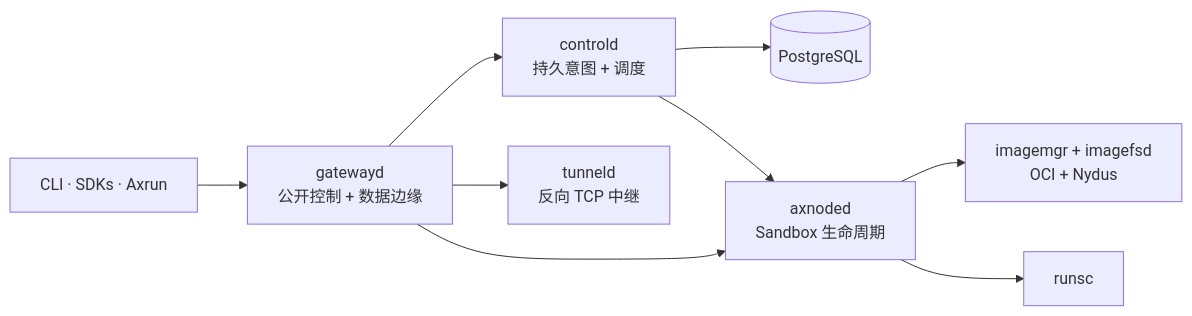
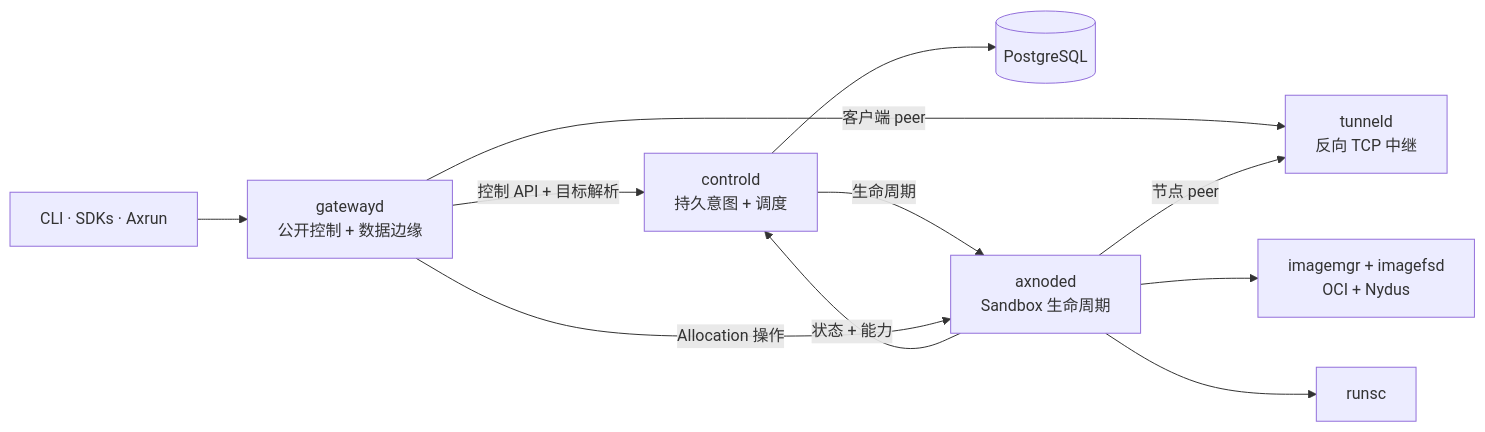
Before and after one commit to cofy-x/axern: the diagram in apps/docs/src/content/docs/zh-cn/architecture/index.md, drawn with Mermaid. The commit also changed other lines of this file and 185 other files, not shown here.

````diff
--- a/apps/docs/src/content/docs/zh-cn/architecture/index.md
+++ b/apps/docs/src/content/docs/zh-cn/architecture/index.md
@@ -8,11 +8,13 @@
 ```mermaid
 flowchart LR
     Clients["CLI · SDKs · Axrun"] --> Gateway["gatewayd\n公开控制 + 数据边缘"]
-    Gateway --> Control["controld\n持久意图 + 调度"]
+    Gateway -->|控制 API + 目标解析| Control["controld\n持久意图 + 调度"]
     Control --> Postgres[(PostgreSQL)]
-    Control --> Node["axnoded\nSandbox 生命周期"]
-    Gateway --> Node
-    Gateway --> Tunnel["tunneld\n反向 TCP 中继"]
+    Control -->|生命周期| Node["axnoded\nSandbox 生命周期"]
+    Node -->|状态 + 能力| Control
+    Gateway -->|Allocation 操作| Node
+    Gateway -->|客户端 peer| Tunnel["tunneld\n反向 TCP 中继"]
+    Node -->|节点 peer| Tunnel
     Node --> Image["imagemgr + imagefsd\nOCI + Nydus"]
     Node --> Runtime["runsc"]
 ```
````
